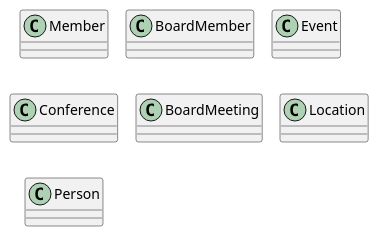
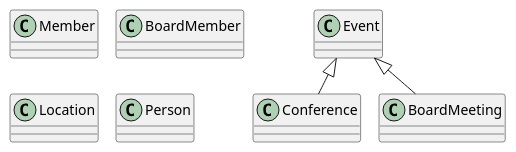
One commit to pacoFlorido/UMLClasesPacoFlorido changed the diagram in src/UML.puml. Above: the diagram before and after it, drawn with PlantUML.

Commit message:
Añadiendo las primeras relaciones entre clases

```diff
--- a/src/UML.puml
+++ b/src/UML.puml
@@ -1,19 +1,22 @@
 @startuml
 
 !pragma layout smetana
 
 class Member
 
 class BoardMember
 
 class Event
 
 class Conference
 
 class BoardMeeting
 
 class Location
 
 class Person
 
+Event <|-- Conference
+Event <|-- BoardMeeting
+
 @enduml
```
